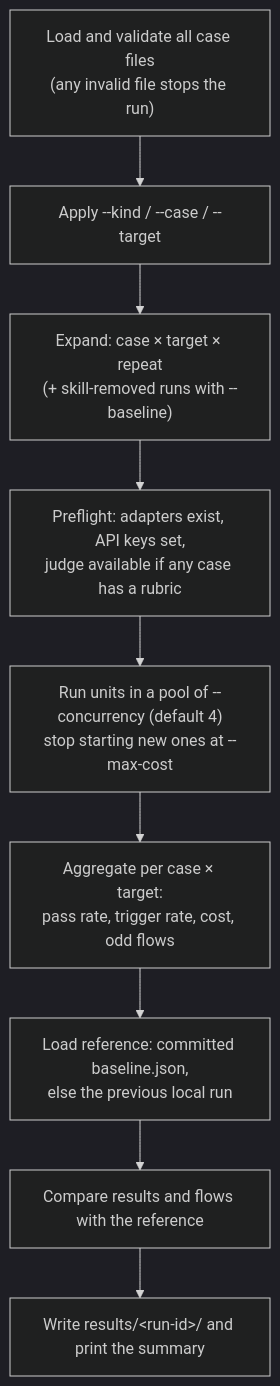
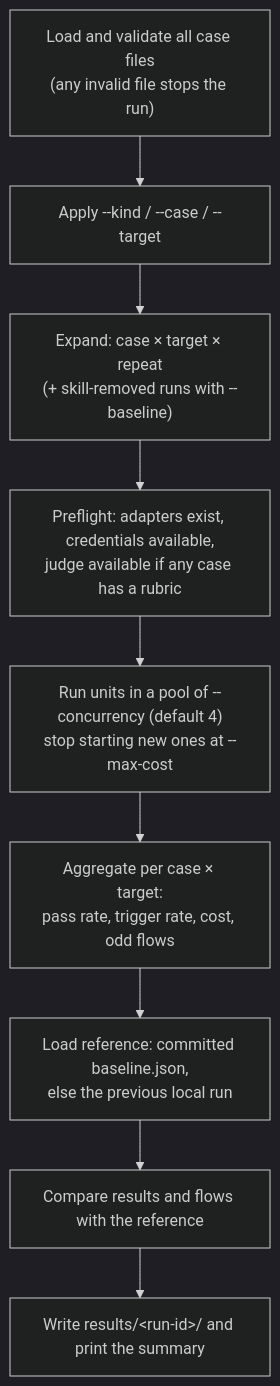
One commit to InteropIO/iointel-dev-kit changed the third of 8 diagrams in evals/README.md. Above: the diagram before and after it, drawn with Mermaid (dark theme). The commit also changed other lines of this file and 6 other files, not shown here.

````diff
--- a/evals/README.md
+++ b/evals/README.md
@@ -97,11 +102,11 @@
 ```mermaid
 flowchart TD
     load["Load and validate all case files<br/>(any invalid file stops the run)"] --> filter["Apply --kind / --case / --target"]
     filter --> expand["Expand: case × target × repeat<br/>(+ skill-removed runs with --baseline)"]
-    expand --> preflight["Preflight: adapters exist, API keys set,<br/>judge available if any case has a rubric"]
+    expand --> preflight["Preflight: adapters exist, credentials available,<br/>judge available if any case has a rubric"]
     preflight --> pool["Run units in a pool of --concurrency (default 4)<br/>stop starting new ones at --max-cost"]
     pool --> agg["Aggregate per case × target:<br/>pass rate, trigger rate, cost, odd flows"]
     agg --> ref["Load reference: committed baseline.json,<br/>else the previous local run"]
     ref --> cmp["Compare results and flows with the reference"]
     cmp --> out["Write results/&lt;run-id&gt;/ and print the summary"]
 ```
````
